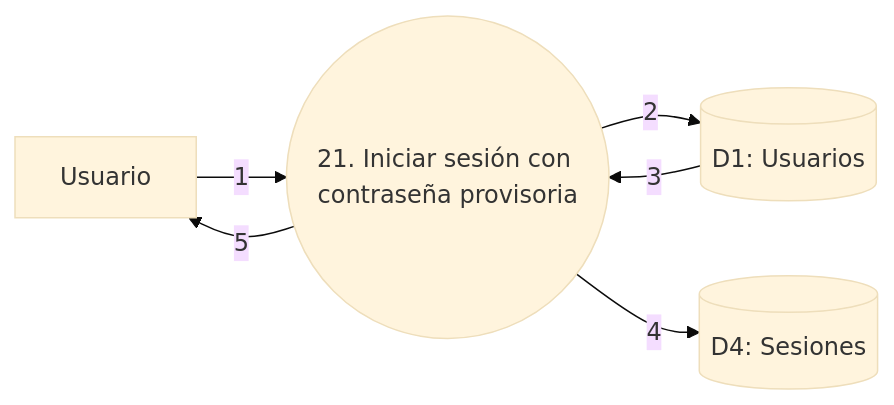
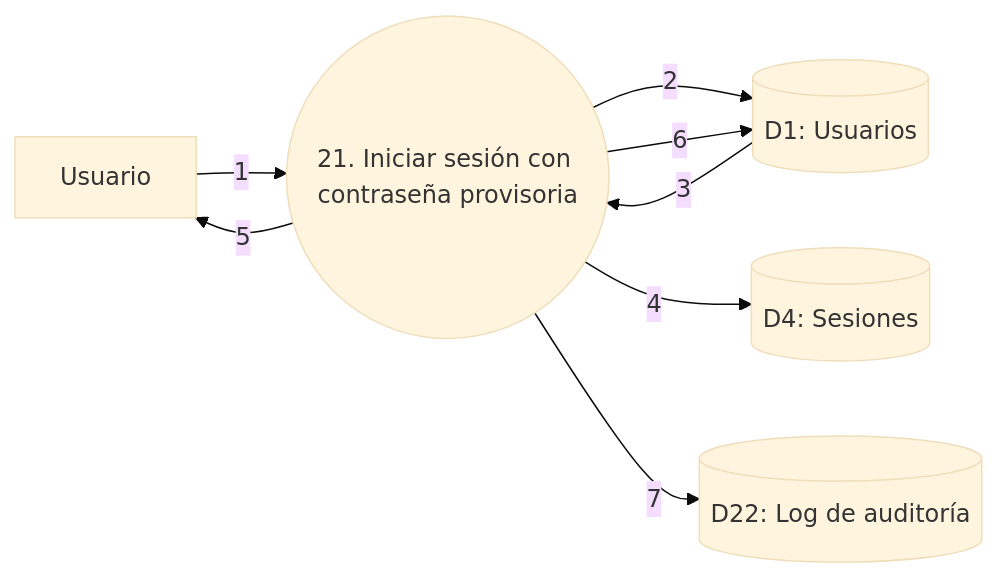
One commit to fasempertegui/Matchpoint-Taller changed diagram 21 of 41 in docs/DFD.md. Above: the diagram before and after it, drawn with Mermaid (base theme). The commit also changed other lines of this file and 48 other files, not shown here.

````diff
--- a/docs/DFD.md
+++ b/docs/DFD.md
@@ -646,13 +688,16 @@
 ```mermaid
 flowchart LR
     U[Usuario]
     P((21. Iniciar sesión con contraseña provisoria))
     D1[(D1: Usuarios)]
     D4[(D4: Sesiones)]
+    D22[(D22: Log de auditoría)]
 
     U -->|1| P
     P -->|2| D1
     D1 -->|3| P
     P -->|4| D4
     P -->|5| U
+    P -->|6| D1
+    P -->|7| D22
 ```
````
